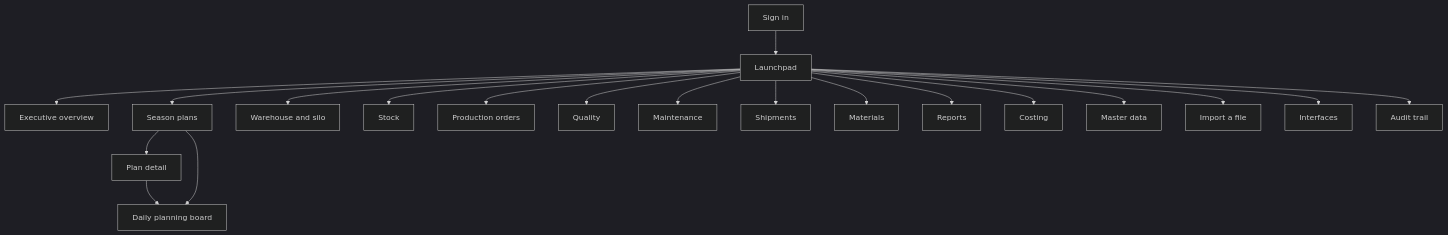
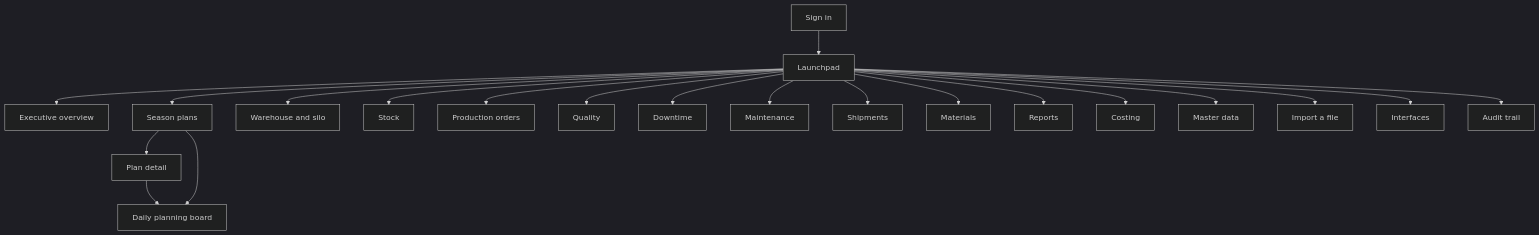
The diagram in sugar-planning/docs/08-ui-sitemap.md (Sovanna2011/Claude-Code), drawn with Mermaid (dark theme) before and after one commit. The commit also changed other lines of this file and 15 other files, not shown here.

````diff
--- a/sugar-planning/docs/08-ui-sitemap.md
+++ b/sugar-planning/docs/08-ui-sitemap.md
@@ -11,22 +11,23 @@
 ```mermaid
 flowchart TD
     L[Sign in] --> H[Launchpad]
     H --> O[Executive overview]
     H --> P[Season plans]
     P --> PD[Plan detail]
     PD --> B[Daily planning board]
     P --> B
     H --> W[Warehouse and silo]
     H --> ST[Stock]
     H --> PO[Production orders]
     H --> Q[Quality]
+    H --> DT[Downtime]
     H --> MN[Maintenance]
     H --> S[Shipments]
     H --> M[Materials]
     H --> R[Reports]
     H --> C[Costing]
     H --> MD[Master data]
     H --> IM[Import a file]
     H --> I[Interfaces]
     H --> A[Audit trail]
 ```
````
